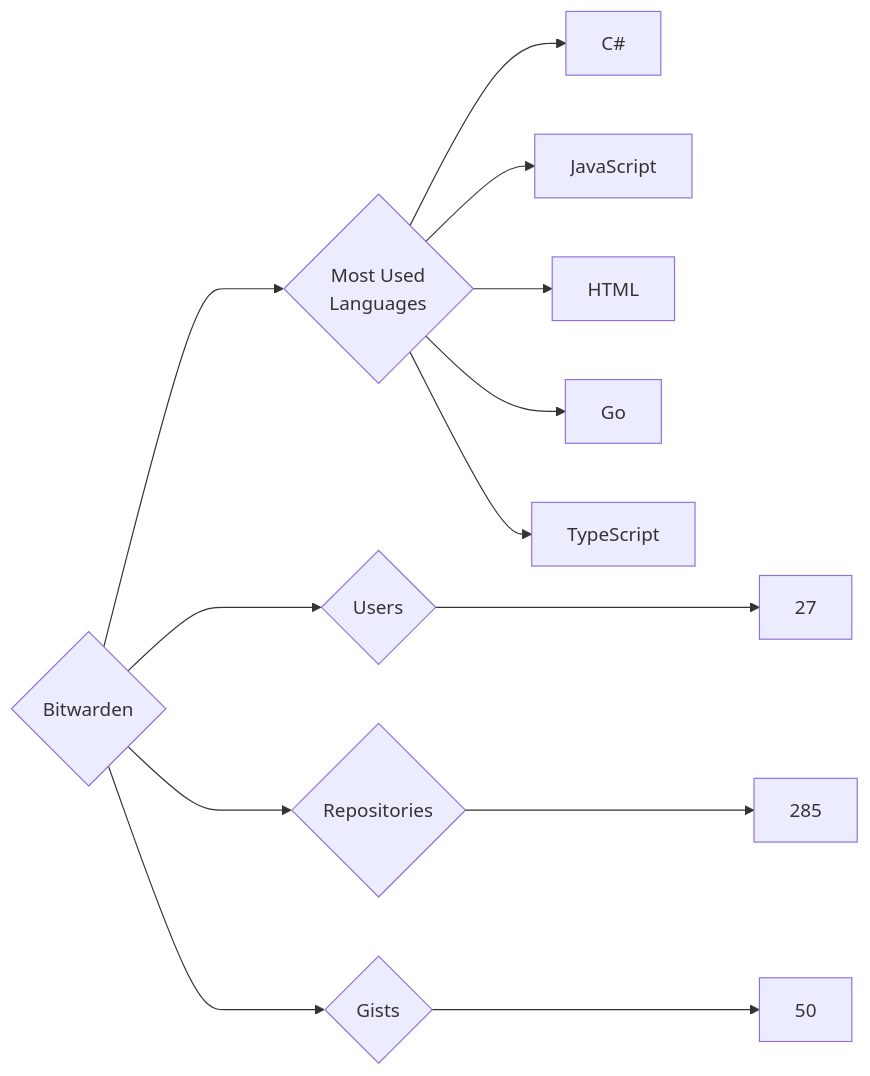
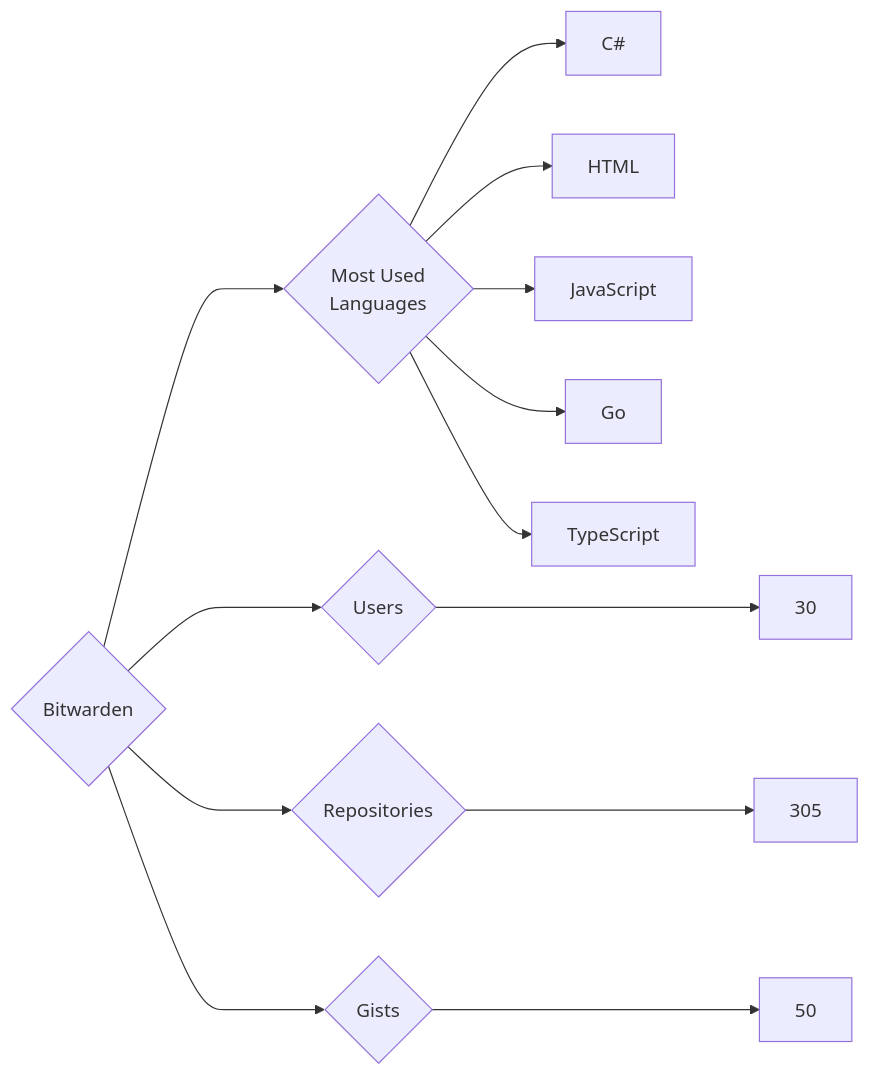
Before and after one commit to trickest/insiders: the diagram in targets/Bitwarden/README.md, drawn with Mermaid. The commit also changed 899 other files, not shown here.

````diff
--- a/targets/Bitwarden/README.md
+++ b/targets/Bitwarden/README.md
@@ -3,13 +3,13 @@
 ```mermaid
 graph LR
 COMPANY_NAME{Bitwarden}
-COMPANY_NAME ---> U{Users} ---> UN[27]
-COMPANY_NAME ---> R{Repositories} ---> RN[285]
+COMPANY_NAME ---> U{Users} ---> UN[30]
+COMPANY_NAME ---> R{Repositories} ---> RN[305]
 COMPANY_NAME ---> G{Gists} ---> GN[50]
 COMPANY_NAME ---> ML{Most Used<br>Languages}
 ML --> C#[C#]
+ML --> HTML[HTML]
 ML --> JavaScript[JavaScript]
-ML --> HTML[HTML]
 ML --> Go[Go]
 ML --> TypeScript[TypeScript]
 ```
````
